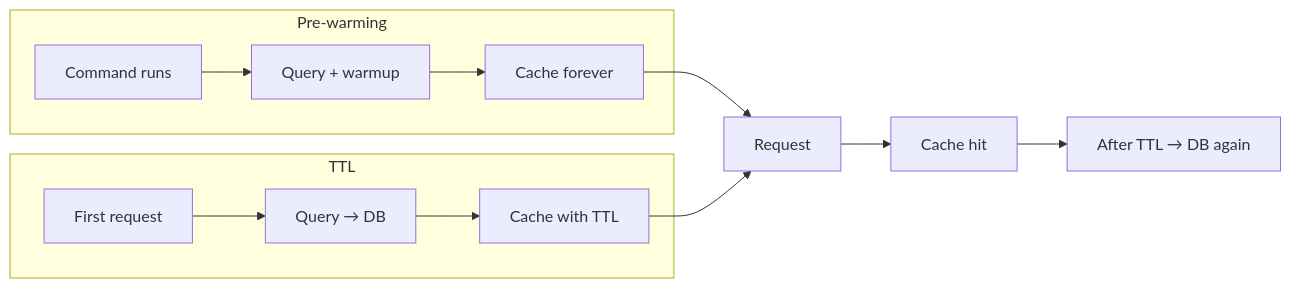
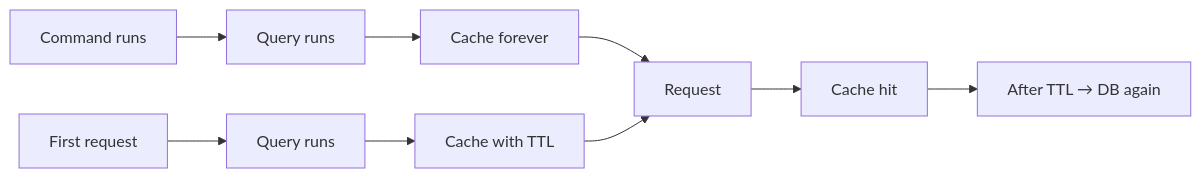
The diagram in README.md (CodeWithDennis/laravel-model-cache), drawn with Mermaid before and after one commit. The commit also changed other lines of this file, not shown here.

Commit message:
README: diagram no subgraphs, both paths Query runs, clarify cache difference

````diff
--- a/README.md
+++ b/README.md
@@ -38,15 +38,11 @@
 ```mermaid
 flowchart LR
-  subgraph warmup[Pre-warming]
-    A1[Command runs] --> B1[Query + warmup]
-    B1 --> C1[Cache forever]
-  end
-  subgraph ttl[TTL]
-    A2[First request] --> B2[Query → DB]
-    B2 --> C2[Cache with TTL]
-  end
+  A1[Command runs] --> B1[Query runs]
+  B1 --> C1[Cache forever]
+  A2[First request] --> B2[Query runs]
+  B2 --> C2[Cache with TTL]
   C1 --> D[Request]
   C2 --> D
   D --> E[Cache hit]
   E --> F[After TTL → DB again]
 ```
````
